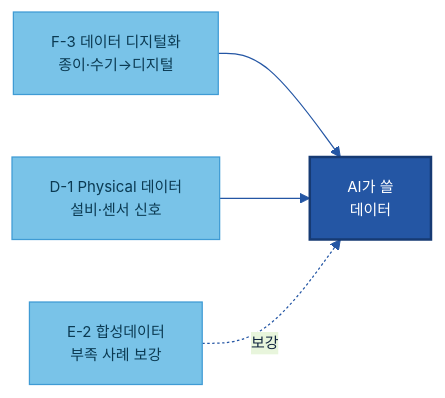
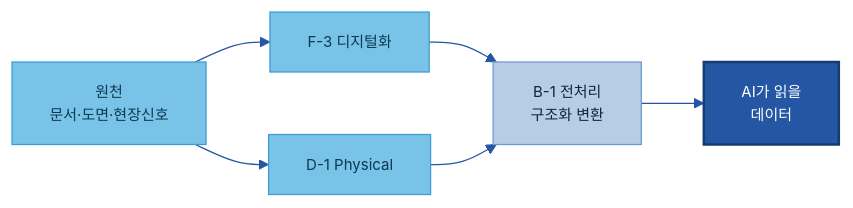
One commit to jin-kearney/ai-ready-data-manual changed the first of 5 diagrams in 전체 목차/00 전체 목차 (20개 주제).md. Above: the diagram before and after it, drawn with Mermaid. The commit also changed other lines of this file, not shown here.

````diff
--- a/전체 목차/00 전체 목차 (20개 주제).md
+++ b/전체 목차/00 전체 목차 (20개 주제).md
@@ -170,9 +179,12 @@
 ```mermaid
 %%{init: {'theme':'base','themeVariables':{'primaryColor':'#DCE8F5','primaryBorderColor':'#2456A4','primaryTextColor':'#10243f','lineColor':'#2456A4','fontSize':'12px'}}}%%
 flowchart LR
-    DIG["F-3 데이터 디지털화<br/>종이·수기→디지털"]:::src --> POOL["AI가 쓸<br/>데이터"]:::cat
-    PHY["D-1 Physical 데이터<br/>설비·센서 신호"]:::src --> POOL
-    SYN["E-2 합성데이터<br/>부족 사례 보강"]:::src -.보강.-> POOL
+    RAW["원천<br/>문서·도면·현장신호"]:::src --> DIG["F-3 디지털화"]:::src
+    RAW --> PHY["D-1 Physical"]:::src
+    DIG --> PRE["B-1 전처리<br/>구조화 변환"]:::n
+    PHY --> PRE
+    PRE --> OUT["AI가 읽을<br/>데이터"]:::cat
+    classDef n fill:#B7CDE6,stroke:#6B9AD1,color:#10243f;
     classDef src fill:#79C3E8,stroke:#3F9BD4,color:#0b3a52;
     classDef cat fill:#2456A4,color:#fff,stroke:#163a73,stroke-width:2px;
 ```
````
